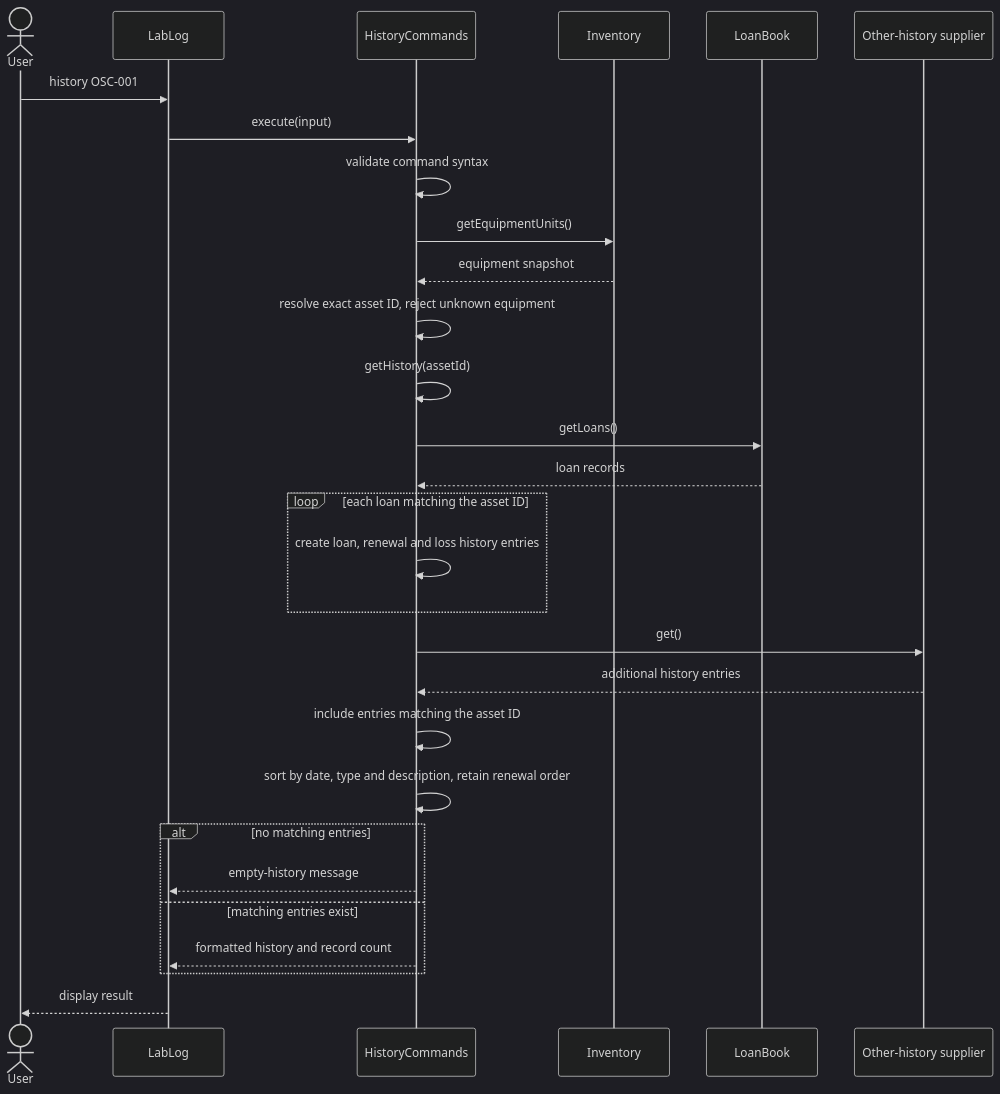
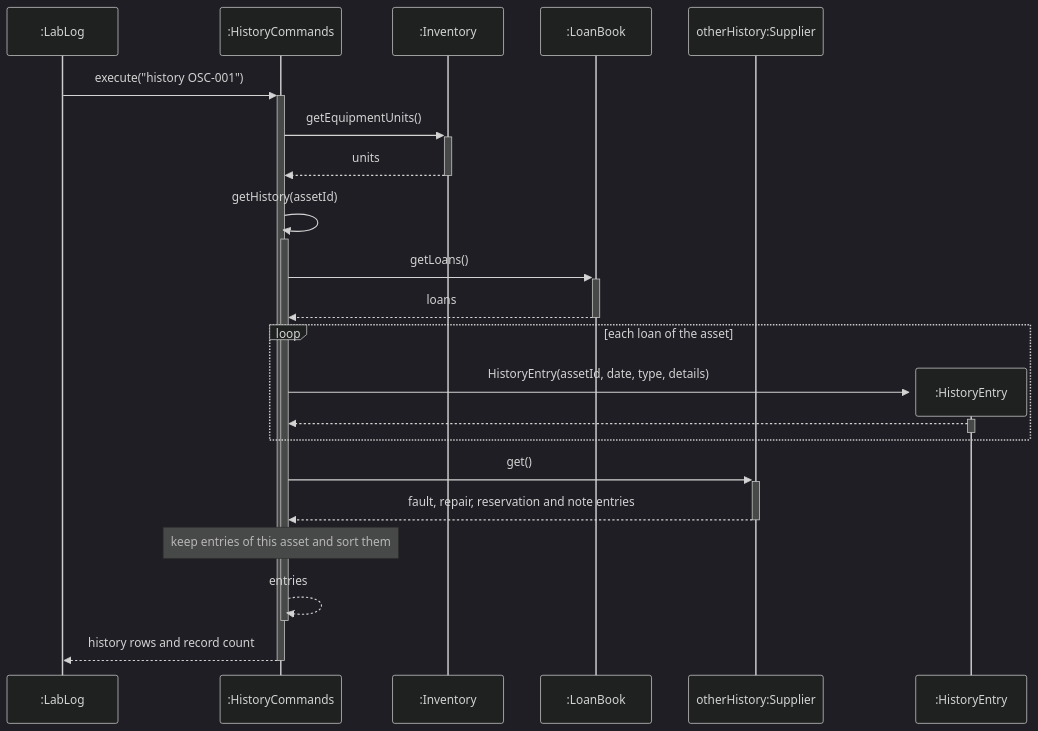
One commit to AY2627S1-CS2113-W13-3/tp changed diagram 13 of 14 in docs/DeveloperGuide.md. Above: the diagram before and after it, drawn with Mermaid (dark theme). The commit also changed other lines of this file and 6 other files, not shown here.

````diff
--- a/docs/DeveloperGuide.md
+++ b/docs/DeveloperGuide.md
@@ -1034,31 +733,24 @@
 ```mermaid
 sequenceDiagram
-    actor User
-    participant CLI as LabLog
-    participant Commands as HistoryCommands
-    participant Equipment as Inventory
-    participant Loans as LoanBook
-    participant Source as Other-history supplier
-    User->>CLI: history OSC-001
-    CLI->>Commands: execute(input)
-    Commands->>Commands: validate command syntax
-    Commands->>Equipment: getEquipmentUnits()
-    Equipment-->>Commands: equipment snapshot
-    Commands->>Commands: resolve exact asset ID, reject unknown equipment
-    Commands->>Commands: getHistory(assetId)
-    Commands->>Loans: getLoans()
-    Loans-->>Commands: loan records
-    loop each loan matching the asset ID
-        Commands->>Commands: create loan, renewal and loss history entries
+    participant L as :LabLog
+    participant H as :HistoryCommands
+    participant I as :Inventory
+    participant K as :LoanBook
+    participant O as otherHistory:Supplier
+    L->>+H: execute("history OSC-001")
+    H->>+I: getEquipmentUnits()
+    I-->>-H: units
+    H->>+H: getHistory(assetId)
+    H->>+K: getLoans()
+    K-->>-H: loans
+    loop each loan of the asset
+        create participant E as :HistoryEntry
+        H->>+E: HistoryEntry(assetId, date, type, details)
+        E-->>-H: 
     end
-    Commands->>Source: get()
-    Source-->>Commands: additional history entries
-    Commands->>Commands: include entries matching the asset ID
-    Commands->>Commands: sort by date, type and description, retain renewal order
-    alt no matching entries
-        Commands-->>CLI: empty-history message
-    else matching entries exist
-        Commands-->>CLI: formatted history and record count
-    end
-    CLI-->>User: display result
+    H->>+O: get()
+    O-->>-H: fault, repair, reservation and note entries
+    Note over H: keep entries of this asset and sort them
+    H-->>-H: entries
+    H-->>-L: history rows and record count
 ```
````
